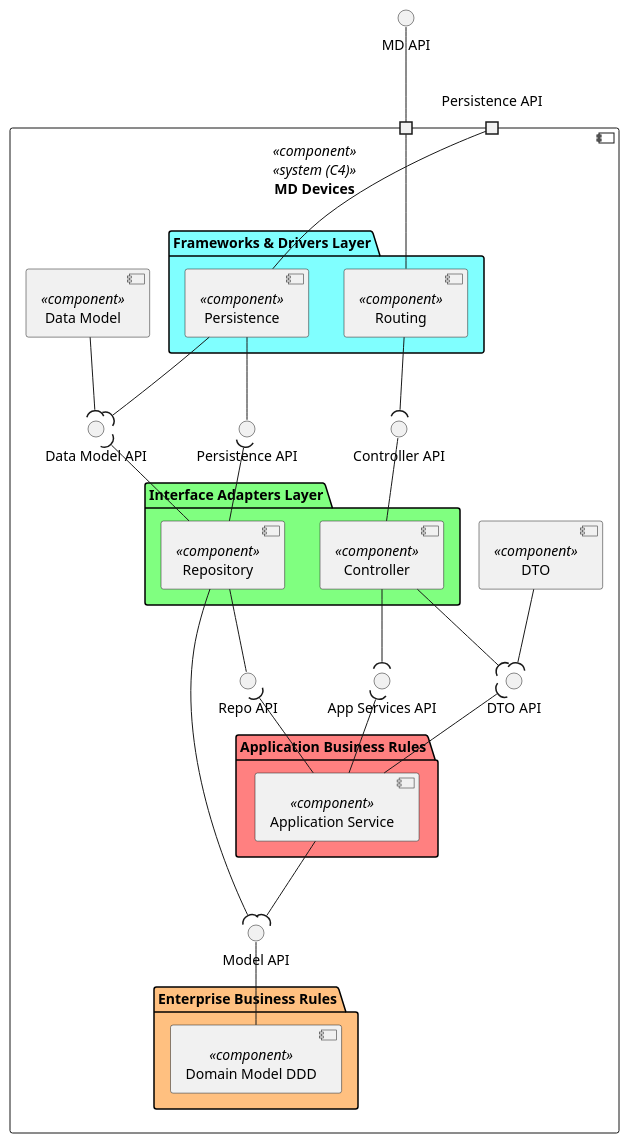
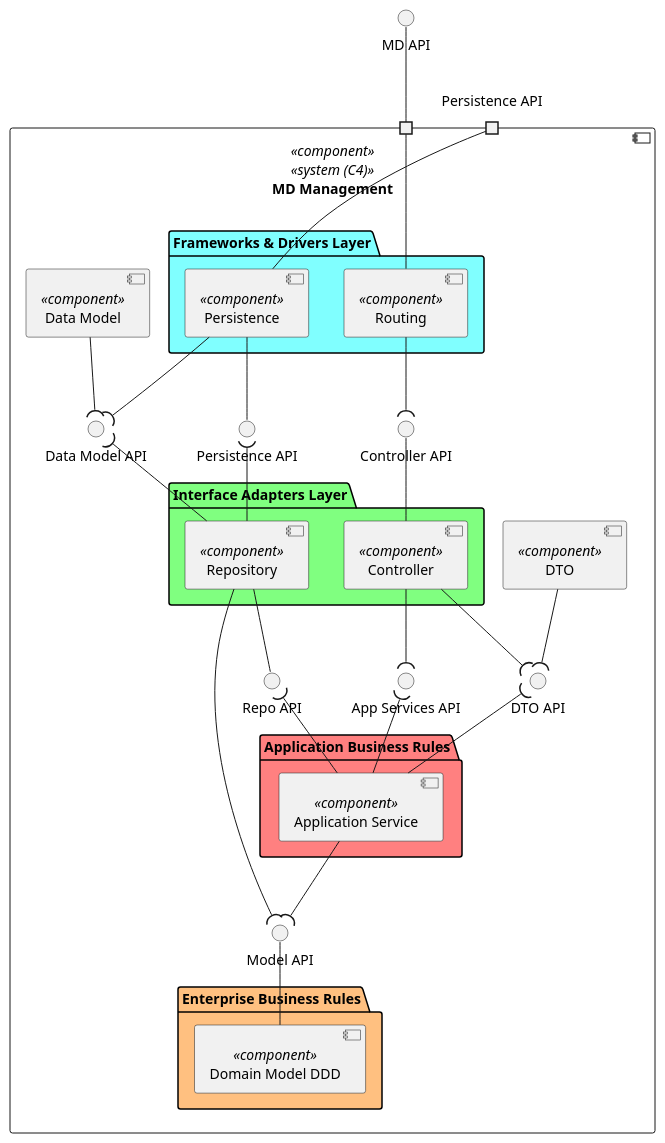
One commit to miseEnPlace-dev/lapr5 changed the diagram in _wiki/views/level-3/logic-view.puml. Above: the diagram before and after it, drawn with PlantUML. The commit also changed 9 other files, not shown here.

```diff
--- a/_wiki/views/level-3/logic-view.puml
+++ b/_wiki/views/level-3/logic-view.puml
@@ -1,77 +1,77 @@
 @startuml logic-view
 
 top to bottom direction
 
 interface "MD API" as API
 
-component "MD Devices" as MDD <<component>> <<system (C4)>> {
-  portin " " AS P1
+component "MD Management" as MDM <<component>> <<system (C4)>> {
+  portin " " as P1
   portin "Persistence API" as P2
 
   Interface "Controller API" as CTRL_API
-  Interface "Data Model API" AS DATA_API
+  Interface "Data Model API" as DATA_API
 
 
   folder "Frameworks & Drivers Layer" #80FFFF {
     component "Routing" as ROUTE <<component>> {
     }
     component "Persistence" as PERSISTENCE <<component>> {
     }
   }
 
   component "Data Model" as DATA <<component>> {
   }
   component "DTO" as DTO <<component>> {
   }
 
   Interface "App Services API" AS SRV_API
   Interface "DTO API" AS DTO_API
   Interface "Repo API" AS REPO_API
   Interface "Model API" AS MODEL_API
   Interface "Persistence API" AS PERSISTENCE_API
 
   folder "Interface Adapters Layer" #80FF80 {
     component "Controller" as CTRL <<component>> {
     }
     component "Repository" as REPO <<component>> {
     }
   }
 
   folder "Application Business Rules" #FF8080 {
     component "Application Service" as SRV <<component>> {
     }
   }
 
   folder "Enterprise Business Rules" #FFC080 {
     component "Domain Model DDD" as MODEL <<component>> {
     }
   }
 }
 
 API -- P1
 
 ROUTE --- P1
 PERSISTENCE -- P2
 
 ROUTE --( CTRL_API
 CTRL -up- CTRL_API
 PERSISTENCE -- PERSISTENCE_API
 REPO -up-( PERSISTENCE_API 
 PERSISTENCE --( DATA_API 
 REPO -up-( DATA_API 
 DATA --( DATA_API 
 
 CTRL --( SRV_API
 SRV -up-( SRV_API
 SRV -up-( DTO_API
 CTRL --( DTO_API
 DTO --( DTO_API
 
 REPO -- REPO_API
 SRV -up-( REPO_API 
 
 SRV --( MODEL_API 
 REPO --( MODEL_API 
 MODEL -up- MODEL_API 
 
 @enduml
```
